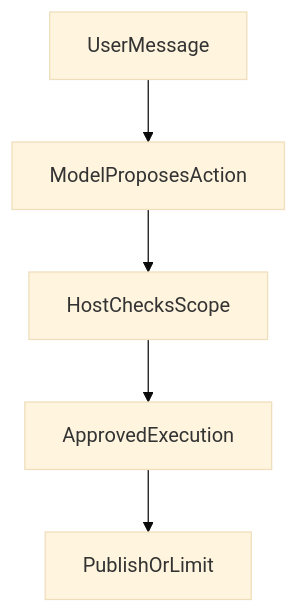
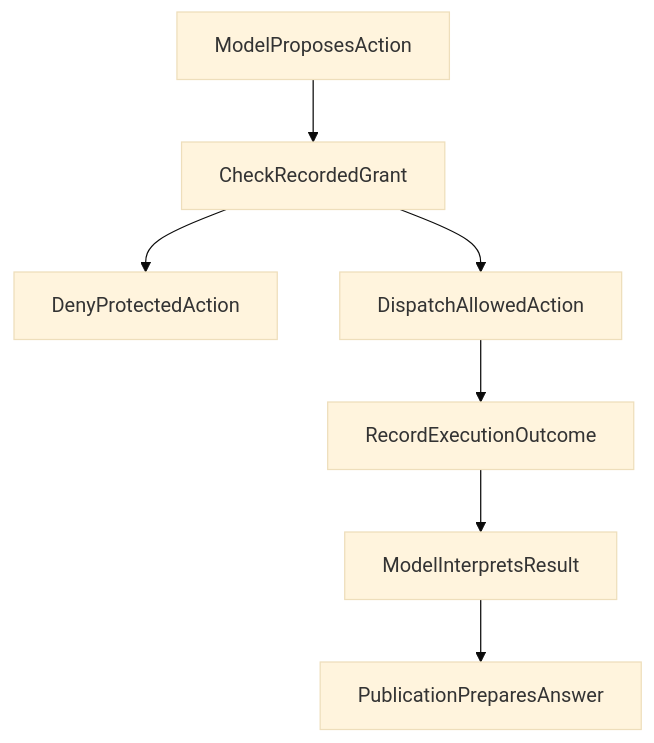
One commit to hpoenixf/eff-agent-article changed the diagram in articles/011-model-understands-code-authorizes.md. Above: the diagram before and after it, drawn with Mermaid (base theme). The commit also changed other lines of this file and 42 other files, not shown here.

````diff
--- a/articles/011-model-understands-code-authorizes.md
+++ b/articles/011-model-understands-code-authorizes.md
@@ -73,7 +21,9 @@
 ```mermaid
 graph TD
-UserMessage --> ModelProposesAction
-ModelProposesAction --> HostChecksScope
-HostChecksScope --> ApprovedExecution
-ApprovedExecution --> PublishOrLimit
+ModelProposesAction --> CheckRecordedGrant
+CheckRecordedGrant --> DenyProtectedAction
+CheckRecordedGrant --> DispatchAllowedAction
+DispatchAllowedAction --> RecordExecutionOutcome
+RecordExecutionOutcome --> ModelInterpretsResult
+ModelInterpretsResult --> PublicationPreparesAnswer
 ```
````
